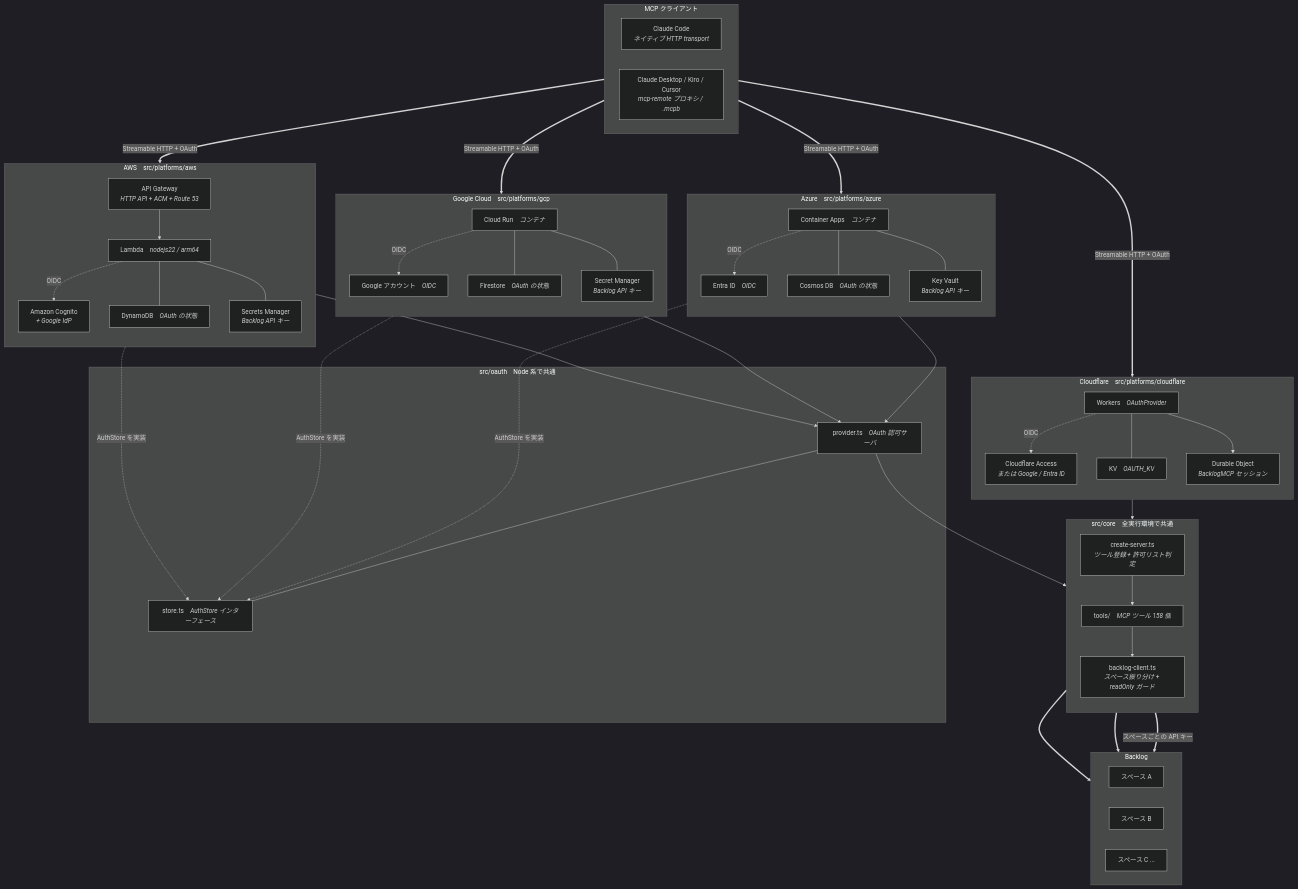
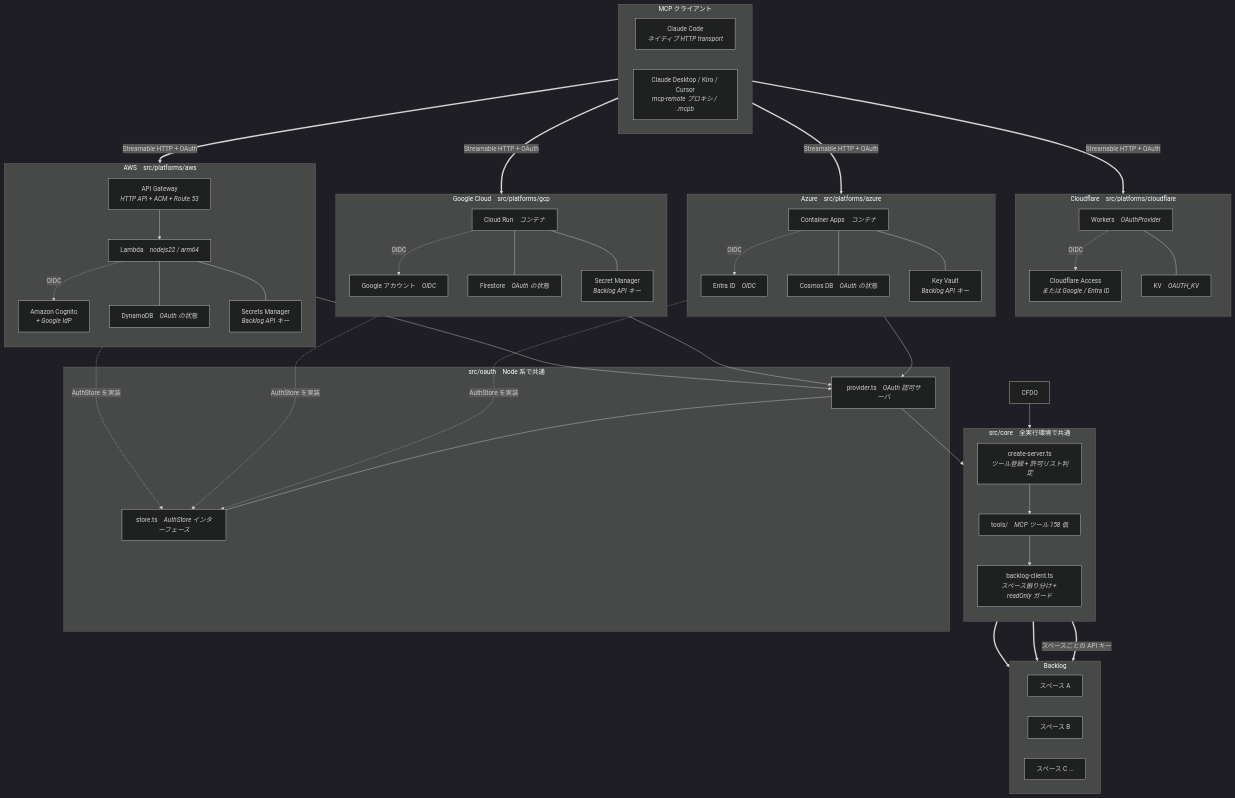
One commit to midnight480/backlog-remote-mcp-server changed the first of 2 diagrams in README_ja.md. Above: the diagram before and after it, drawn with Mermaid (dark theme). The commit also changed other lines of this file and 10 other files, not shown here.

```diff
--- a/README_ja.md
+++ b/README_ja.md
@@ -202,10 +202,8 @@
         CFW["Workers &nbsp;&nbsp; <i>OAuthProvider</i>"]
         CFA["Cloudflare Access<br/><i>または Google / Entra ID</i>"]
         CFKV["KV &nbsp;&nbsp; <i>OAUTH_KV</i>"]
-        CFDO["Durable Object<br/><i>BacklogMCP セッション</i>"]
         CFW -. "OIDC" .-> CFA
         CFW --- CFKV
-        CFW --> CFDO
     end
 
     subgraph aws["AWS &nbsp;&nbsp; src/platforms/aws"]
```
